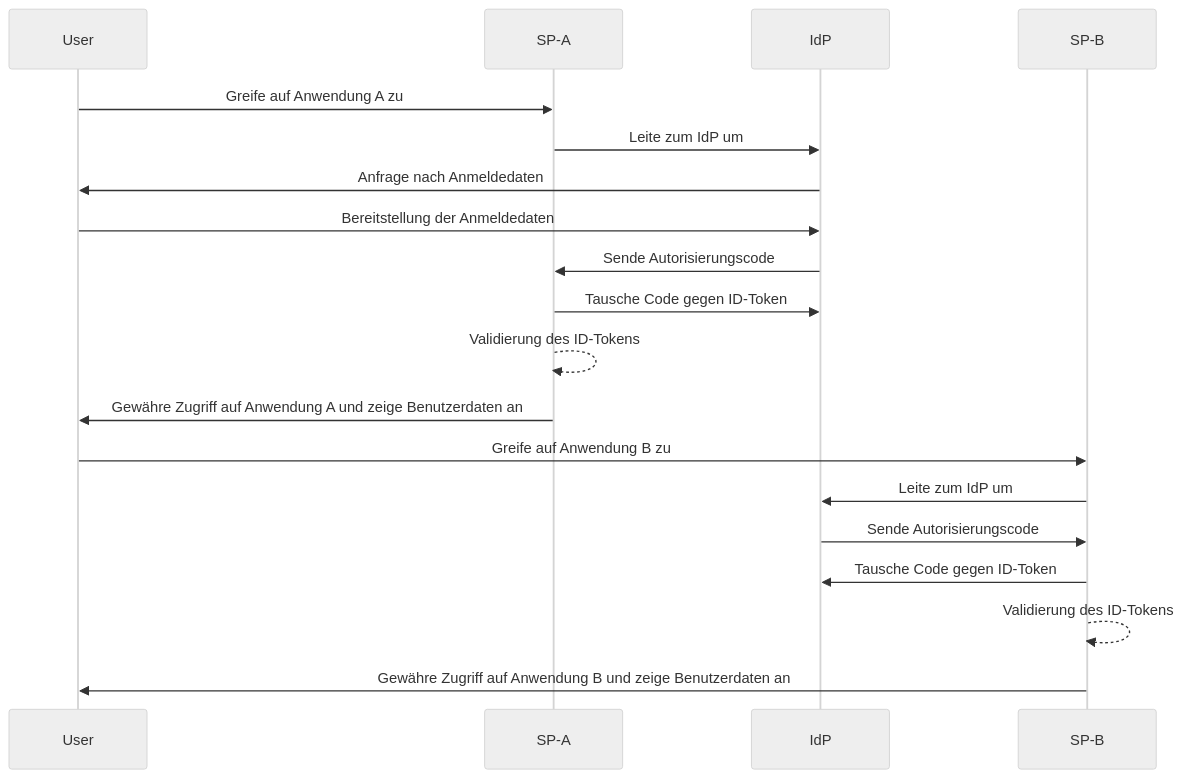
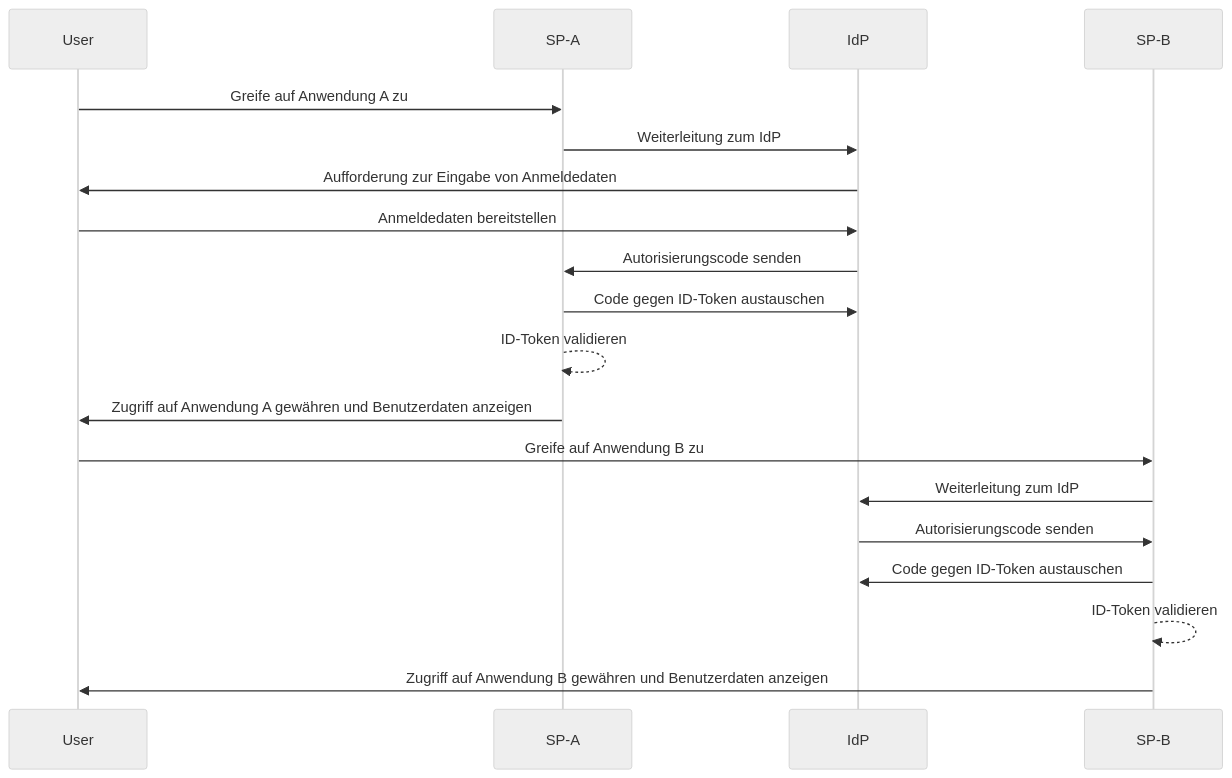
The second of 2 diagrams in src/content/terms/de/single-sign-on.mdx (logto-io/auth-wiki), drawn with Mermaid (neutral theme) before and after one commit. The commit also changed other lines of this file and 48 other files, not shown here.

````diff
--- a/src/content/terms/de/single-sign-on.mdx
+++ b/src/content/terms/de/single-sign-on.mdx
@@ -54,22 +54,22 @@
 ```mermaid
 sequenceDiagram
     participant User
     participant SP-A
     participant IdP
     participant SP-B
 
     User->>SP-A: Greife auf Anwendung A zu
-    SP-A->>IdP: Leite zum IdP um
-    IdP->>User: Anfrage nach Anmeldedaten
-    User->>IdP: Bereitstellung der Anmeldedaten
-    IdP->>SP-A: Sende Autorisierungscode
-    SP-A->>IdP: Tausche Code gegen ID-Token
-    SP-A-->>SP-A: Validierung des ID-Tokens
-    SP-A->>User: Gewähre Zugriff auf Anwendung A und zeige Benutzerdaten an
+    SP-A->>IdP: Weiterleitung zum IdP
+    IdP->>User: Aufforderung zur Eingabe von Anmeldedaten
+    User->>IdP: Anmeldedaten bereitstellen
+    IdP->>SP-A: Autorisierungscode senden
+    SP-A->>IdP: Code gegen ID-Token austauschen
+    SP-A-->>SP-A: ID-Token validieren
+    SP-A->>User: Zugriff auf Anwendung A gewähren und Benutzerdaten anzeigen
     User->>SP-B: Greife auf Anwendung B zu
-    SP-B->>IdP: Leite zum IdP um
-    IdP->>SP-B: Sende Autorisierungscode
-    SP-B->>IdP: Tausche Code gegen ID-Token
-    SP-B-->>SP-B: Validierung des ID-Tokens
-    SP-B->>User: Gewähre Zugriff auf Anwendung B und zeige Benutzerdaten an
+    SP-B->>IdP: Weiterleitung zum IdP
+    IdP->>SP-B: Autorisierungscode senden
+    SP-B->>IdP: Code gegen ID-Token austauschen
+    SP-B-->>SP-B: ID-Token validieren
+    SP-B->>User: Zugriff auf Anwendung B gewähren und Benutzerdaten anzeigen
 ```
````
